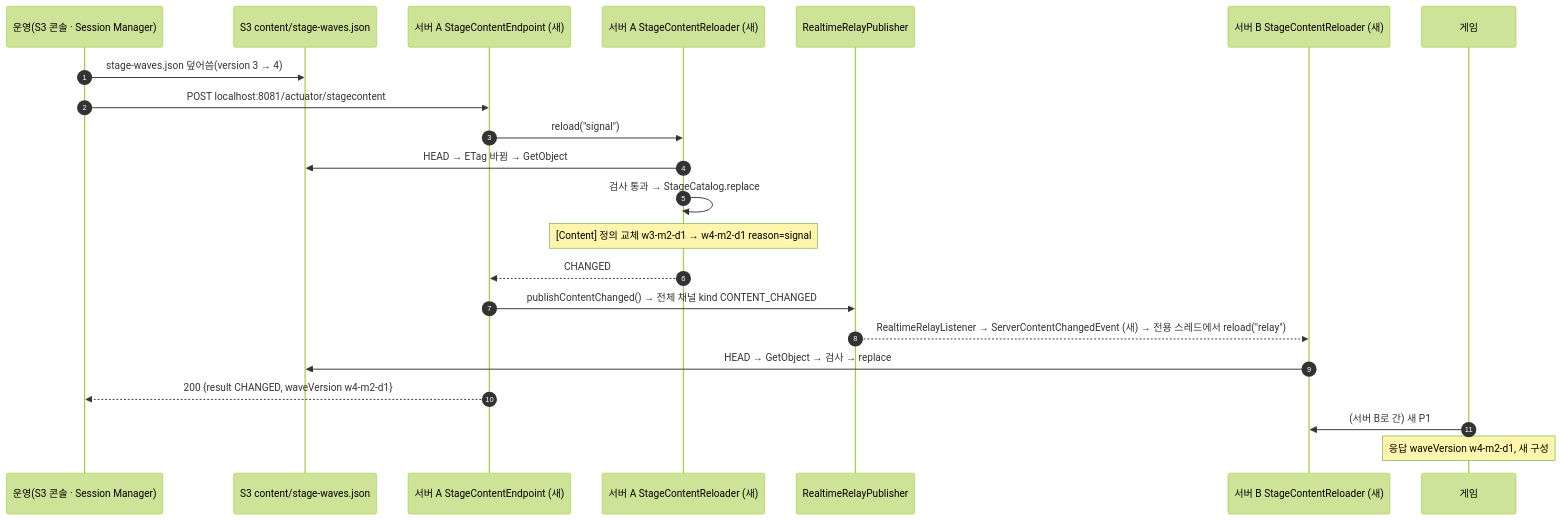
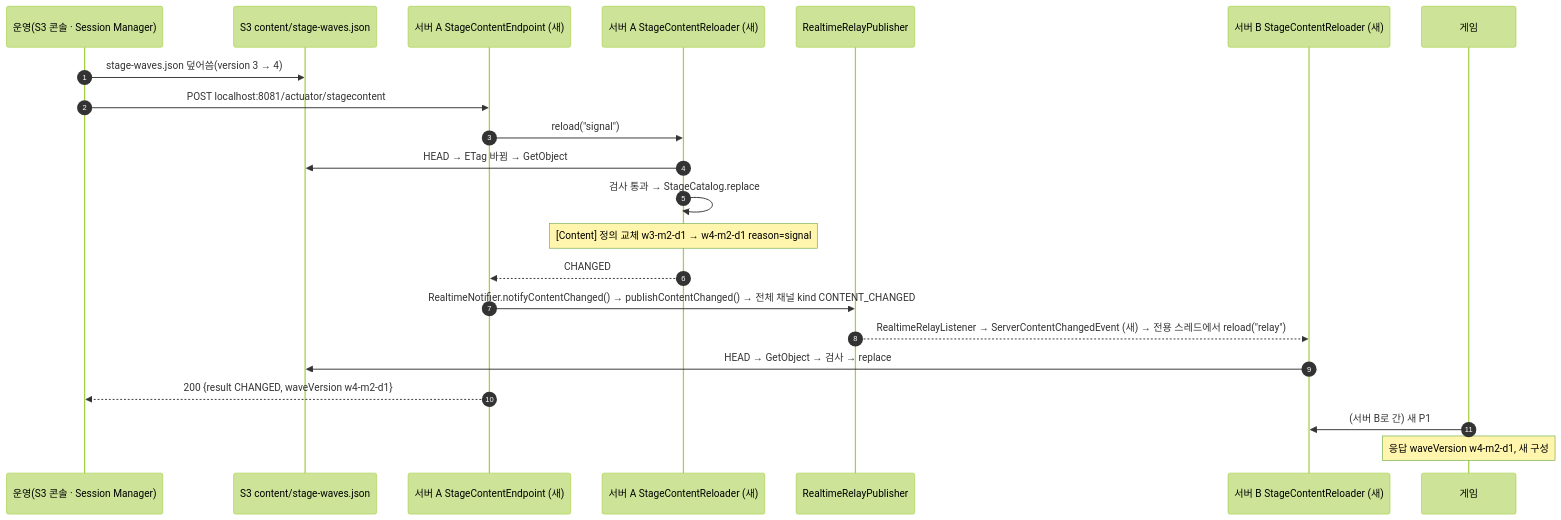
One commit to NBCGameServerCamp09Team01/PW01 changed the seventh of 13 diagrams in docs/flows/server-wave.md. Above: the diagram before and after it, drawn with Mermaid (forest theme). The commit also changed 2 other files, not shown here.

Commit message:
docs: 웨이브 정의 S3 명세를 구현과 대조해 고침
- ops-health.md: 로컬 로그 모양 %5p [serverId requestId]
- server-wave.md ⑥-2: 알림은 RealtimeNotifier.notifyContentChanged()를 거침
- redis-keys.md: CONTENT_CHANGED 예시 JSON에 null 칸

````diff
--- a/docs/flows/server-wave.md
+++ b/docs/flows/server-wave.md
@@ -190,25 +190,25 @@
 ```mermaid
 sequenceDiagram
   autonumber
   participant OP as 운영(S3 콘솔 · Session Manager)
   participant S3 as S3 content/stage-waves.json
   participant EP1 as 서버 A StageContentEndpoint (새)
   participant RL1 as 서버 A StageContentReloader (새)
   participant PUB as RealtimeRelayPublisher
   participant RL2 as 서버 B StageContentReloader (새)
   participant G as 게임
 
   OP->>S3: stage-waves.json 덮어씀(version 3 → 4)
   OP->>EP1: POST localhost:8081/actuator/stagecontent
   EP1->>RL1: reload("signal")
   RL1->>S3: HEAD → ETag 바뀜 → GetObject
   RL1->>RL1: 검사 통과 → StageCatalog.replace
   Note over RL1: [Content] 정의 교체 w3-m2-d1 → w4-m2-d1 reason=signal
   RL1-->>EP1: CHANGED
-  EP1->>PUB: publishContentChanged() → 전체 채널 kind CONTENT_CHANGED
+  EP1->>PUB: RealtimeNotifier.notifyContentChanged() → publishContentChanged() → 전체 채널 kind CONTENT_CHANGED
   PUB-->>RL2: RealtimeRelayListener → ServerContentChangedEvent (새) → 전용 스레드에서 reload("relay")
   RL2->>S3: HEAD → GetObject → 검사 → replace
   EP1-->>OP: 200 {result CHANGED, waveVersion w4-m2-d1}
   G->>RL2: (서버 B로 간) 새 P1
   Note over G: 응답 waveVersion w4-m2-d1, 새 구성
 ```
````
